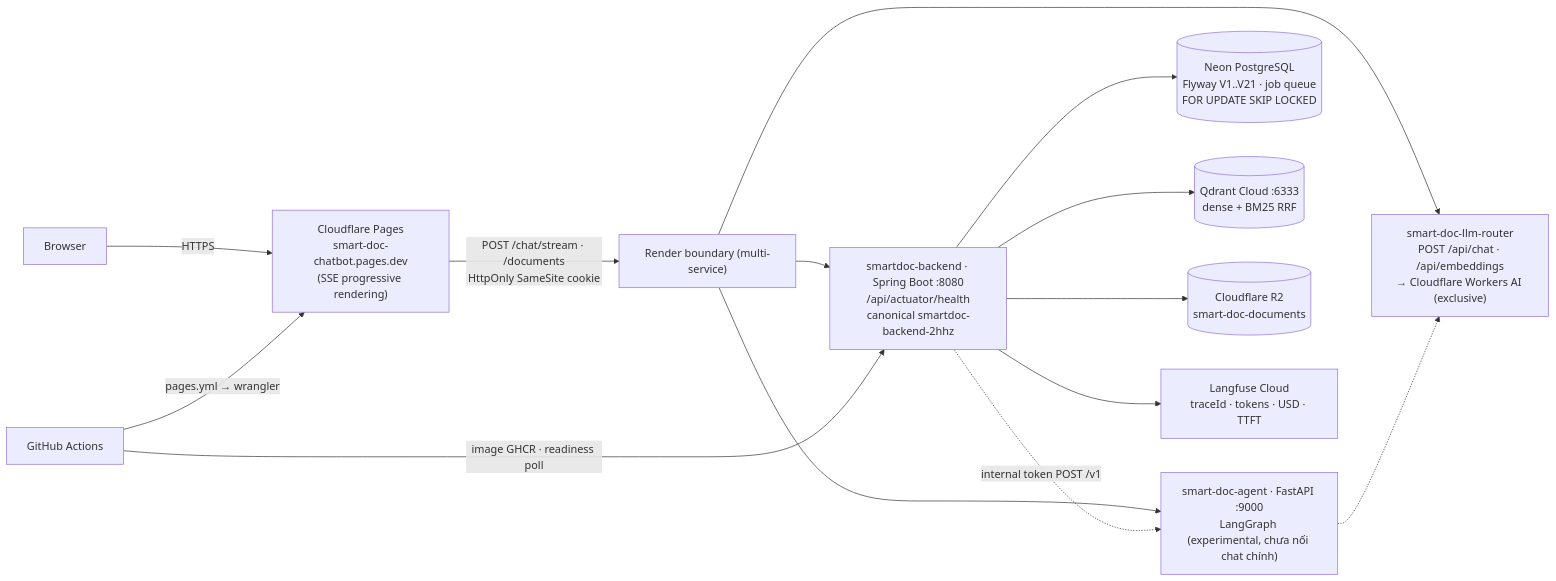
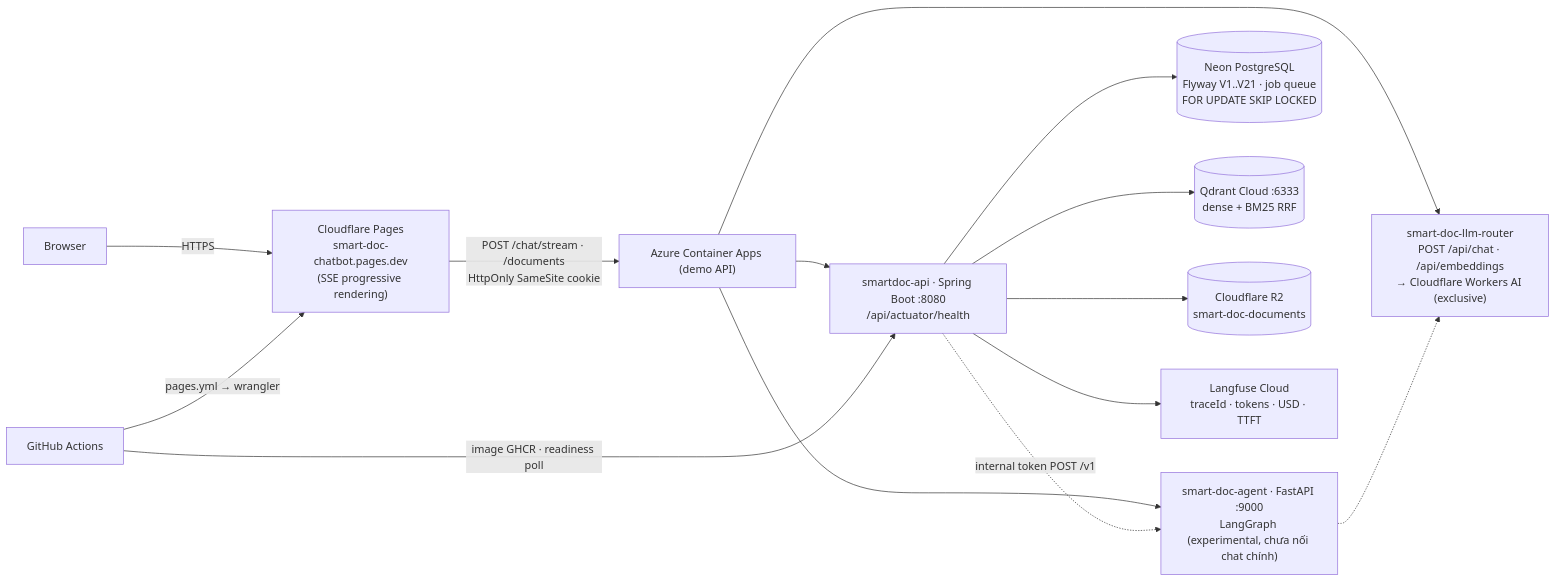
The first of 6 diagrams in docs/architecture.md (imtarget05/Enterprise-Document-Intelligence-Corrective-RAG-Platform), drawn with Mermaid before and after one commit. The commit also changed other lines of this file and 4 other files, not shown here.

````diff
--- a/docs/architecture.md
+++ b/docs/architecture.md
@@ -49,16 +49,16 @@
 ```mermaid
 flowchart LR
     U["Browser"] -->|HTTPS| CF["Cloudflare Pages<br/>smart-doc-chatbot.pages.dev<br/>(SSE progressive rendering)"]
-    CF -->|"POST /chat/stream · /documents<br/>HttpOnly SameSite cookie"| SVC["Render boundary (multi-service)"]
-    SVC --> SB["smartdoc-backend · Spring Boot :8080<br/>/api/actuator/health<br/>canonical smartdoc-backend-2hhz"]
+    CF -->|"POST /chat/stream · /documents<br/>HttpOnly SameSite cookie"| SVC["Azure Container Apps (demo API)"]
+    SVC --> SB["smartdoc-api · Spring Boot :8080<br/>/api/actuator/health"]
     SVC --> AG["smart-doc-agent · FastAPI :9000<br/>LangGraph (experimental, chưa nối chat chính)"]
     SVC --> LR["smart-doc-llm-router<br/>POST /api/chat · /api/embeddings<br/>→ Cloudflare Workers AI (exclusive)"]
     SB --> NEON[("Neon PostgreSQL<br/>Flyway V1..V21 · job queue<br/>FOR UPDATE SKIP LOCKED")]
     SB --> QD[("Qdrant Cloud :6333<br/>dense + BM25 RRF")]
     SB --> R2[("Cloudflare R2<br/>smart-doc-documents")]
     SB -.->|"internal token POST /v1"| AG
     AG -.-> LR
     SB --> LF["Langfuse Cloud<br/>traceId · tokens · USD · TTFT"]
     K8["GitHub Actions"] -->|"image GHCR · readiness poll"| SB
     K8 -->|"pages.yml → wrangler"| CF
 ```
````
